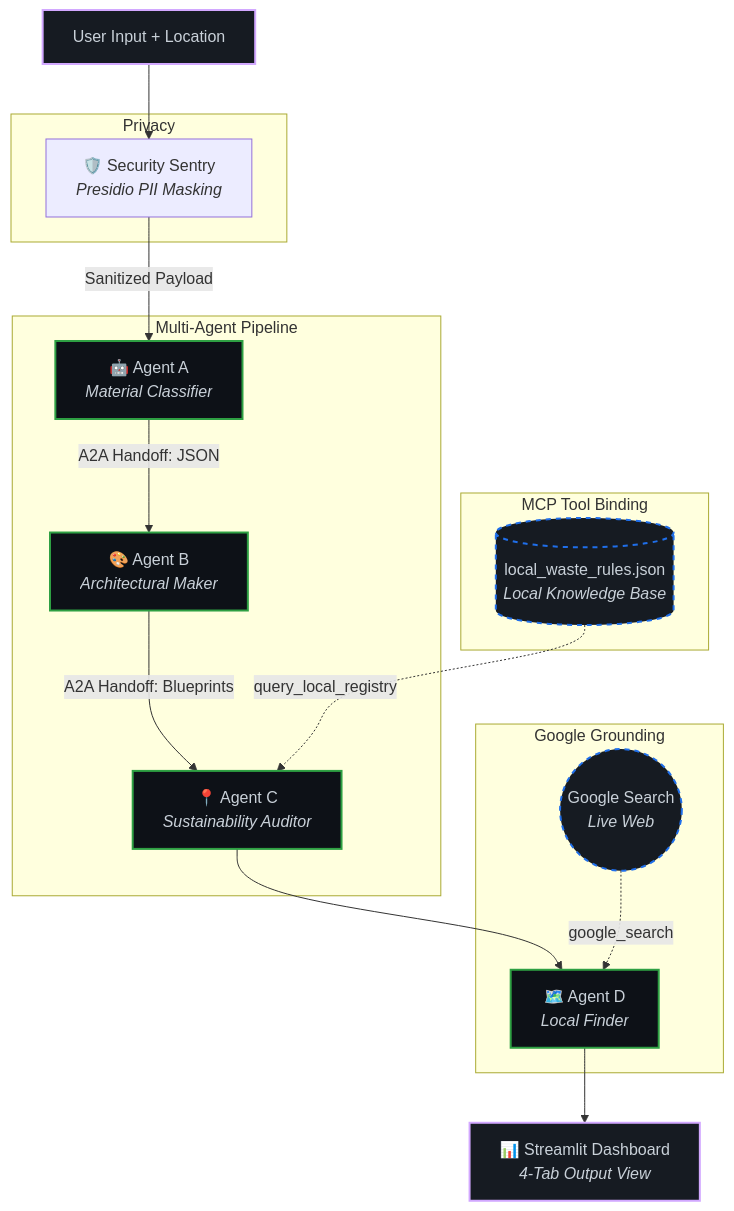
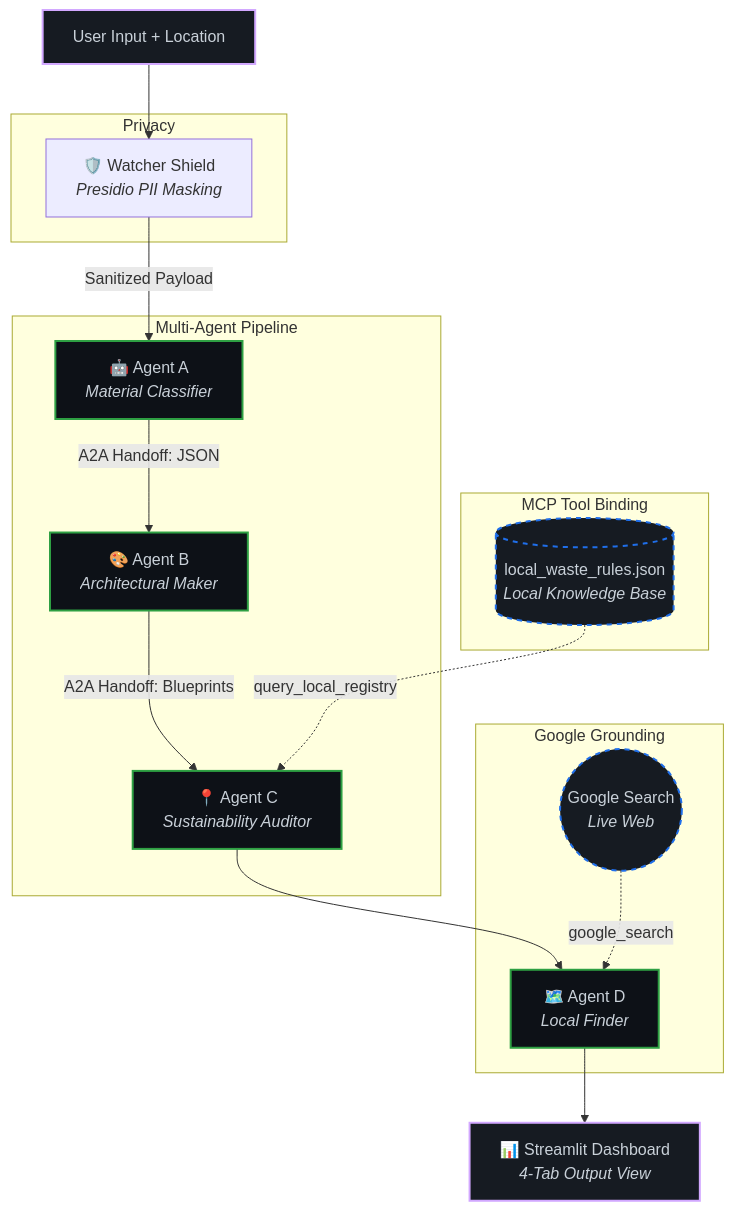
The diagram in README.md (vishnucm/EcoWatcher), drawn with Mermaid before and after one commit. The commit also changed other lines of this file and 3 other files, not shown here.

Commit message:
Rename Security Sentry to Watcher Shield across codebase

````diff
--- a/README.md
+++ b/README.md
@@ -39,37 +39,37 @@
 ```mermaid
 graph TD
     A[User Input + Location] --> B
     
     subgraph Privacy
-    B[🛡️ Security Sentry <br> <i>Presidio PII Masking</i>]
+    B[🛡️ Watcher Shield <br> <i>Presidio PII Masking</i>]
     end
     
     B -->|Sanitized Payload| C
     
     subgraph Multi-Agent Pipeline
     C[🤖 Agent A <br> <i>Material Classifier</i>] -->|A2A Handoff: JSON| D
     D[🎨 Agent B <br> <i>Architectural Maker</i>] -->|A2A Handoff: Blueprints| E
     E[📍 Agent C <br> <i>Sustainability Auditor</i>] 
     end
     
     subgraph MCP Tool Binding
     F[(local_waste_rules.json <br> <i>Local Knowledge Base</i>)] -.->|query_local_registry| E
     end
     
     E --> G
     
     subgraph Google Grounding
     G[🗺️ Agent D <br> <i>Local Finder</i>]
     H((Google Search <br> <i>Live Web</i>)) -.->|google_search| G
     end
     
     G --> I[📊 Streamlit Dashboard <br> <i>4-Tab Output View</i>]
     
     classDef agent fill:#0d1117,stroke:#2ea043,stroke-width:2px,color:#c9d1d9;
     classDef tool fill:#161b22,stroke:#1f6feb,stroke-width:2px,color:#c9d1d9,stroke-dasharray: 5 5;
     classDef ui fill:#161b22,stroke:#d2a8ff,stroke-width:2px,color:#c9d1d9;
     
     class C,D,E,G agent;
     class F,H tool;
     class A,I ui;
 ```
````
